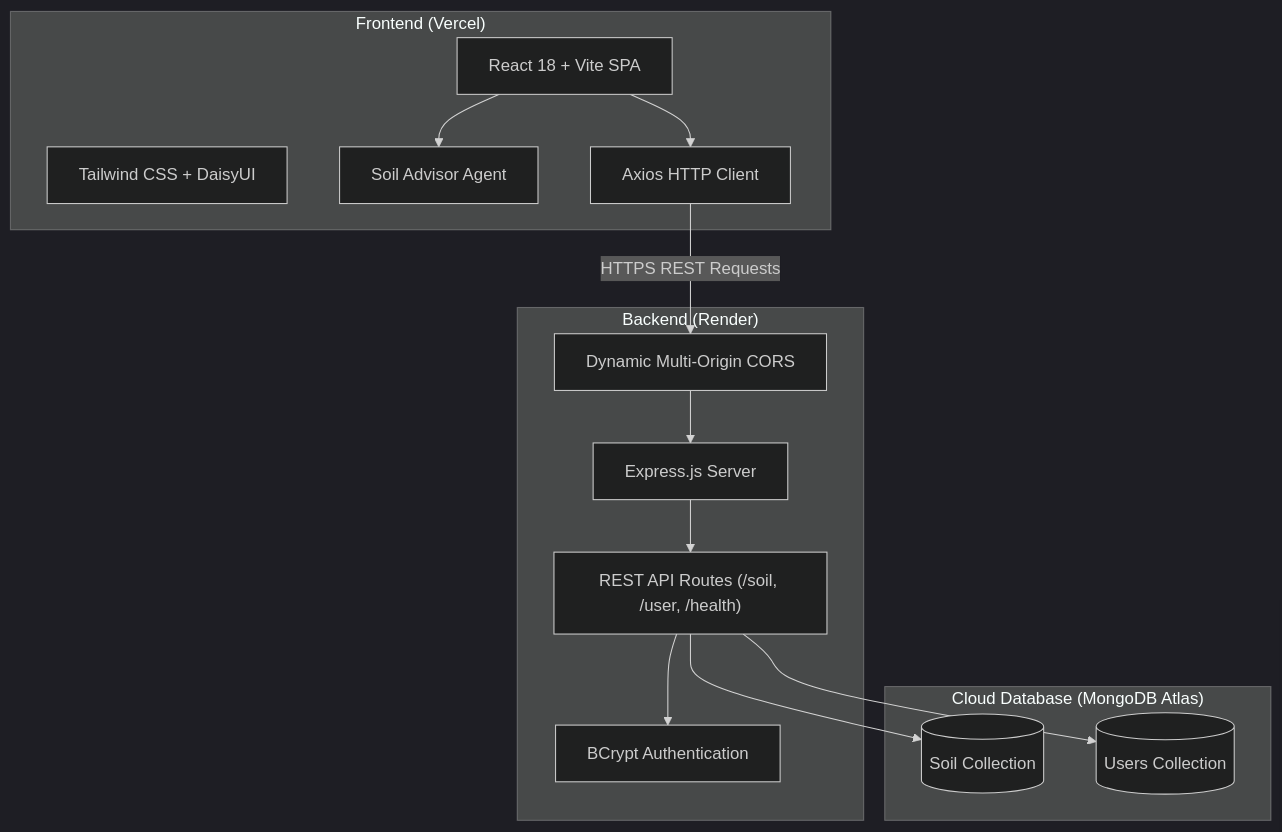
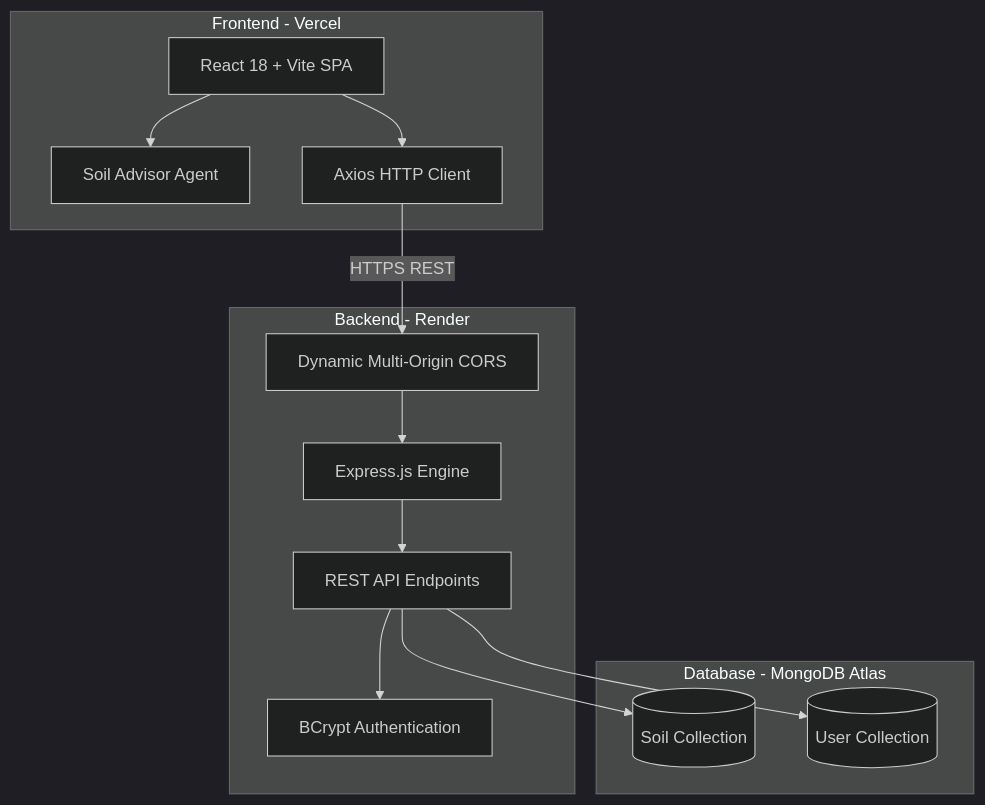
The diagram in README.md (Aman8178/Soil_Farming_Agent), drawn with Mermaid (dark theme) before and after one commit.

Commit message:
Fix Mermaid system architecture diagram syntax for GitHub rendering

````diff
--- a/README.md
+++ b/README.md
@@ -50,30 +50,29 @@
 ```mermaid
 flowchart TD
-    subgraph Client["Frontend (Vercel)"]
-        UI["React 18 + Vite SPA"]
-        Tailwind["Tailwind CSS + DaisyUI"]
-        Advisor["Soil Advisor Agent"]
-        Axios["Axios HTTP Client"]
+    subgraph Frontend [Frontend - Vercel]
+        UI[React 18 + Vite SPA]
+        Advisor[Soil Advisor Agent]
+        Axios[Axios HTTP Client]
     end
 
-    subgraph Server["Backend (Render)"]
-        Express["Express.js Server"]
-        CORS["Dynamic Multi-Origin CORS"]
-        Routes["REST API Routes (/soil, /user, /health)"]
-        Bcrypt["BCrypt Authentication"]
+    subgraph Backend [Backend - Render]
+        CORS[Dynamic Multi-Origin CORS]
+        Express[Express.js Engine]
+        Auth[BCrypt Authentication]
+        APIs[REST API Endpoints]
     end
 
-    subgraph Database["Cloud Database (MongoDB Atlas)"]
-        SoilColl[("Soil Collection")]
-        UserColl[("Users Collection")]
+    subgraph Database [Database - MongoDB Atlas]
+        SoilDB[(Soil Collection)]
+        UserDB[(User Collection)]
     end
 
     UI --> Advisor
     UI --> Axios
-    Axios -->|HTTPS REST Requests| CORS
+    Axios -->|HTTPS REST| CORS
     CORS --> Express
-    Express --> Routes
-    Routes --> Bcrypt
-    Routes --> SoilColl
-    Routes --> UserColl
+    Express --> APIs
+    APIs --> Auth
+    APIs --> SoilDB
+    APIs --> UserDB
 ```
````
